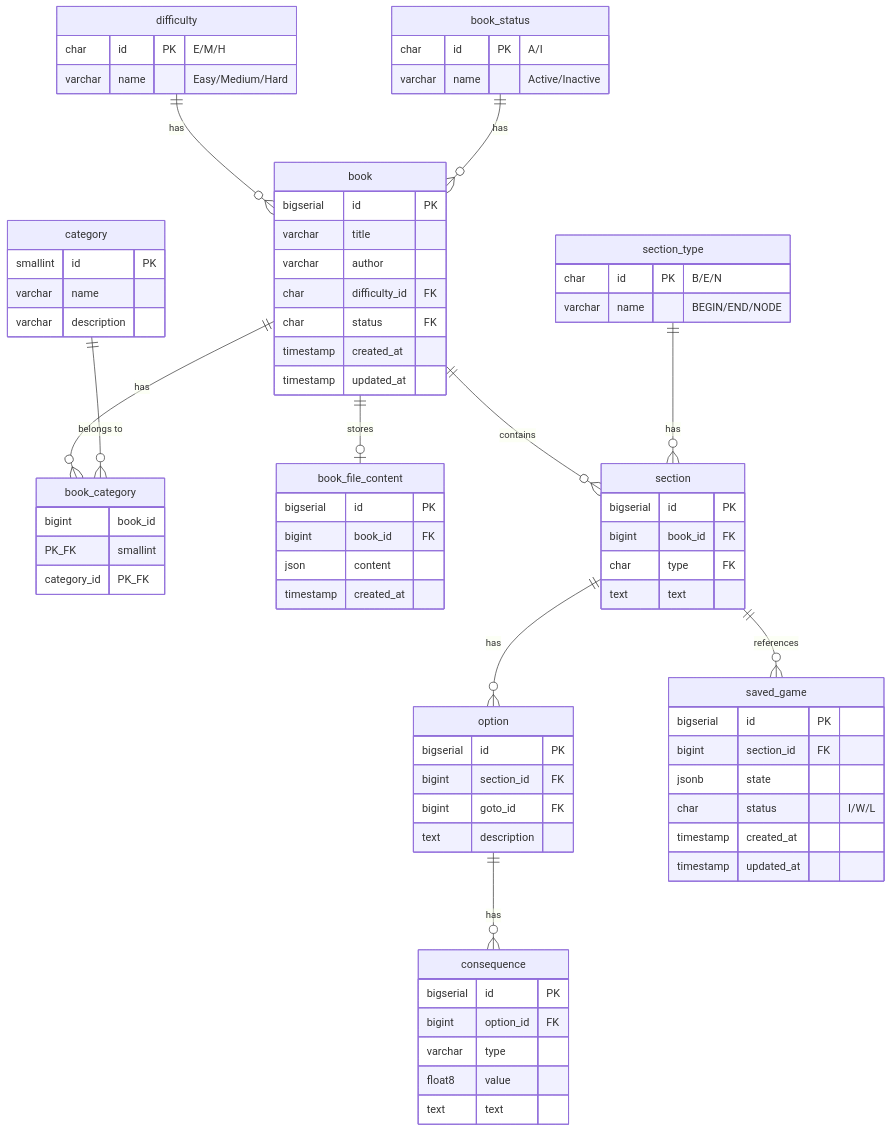
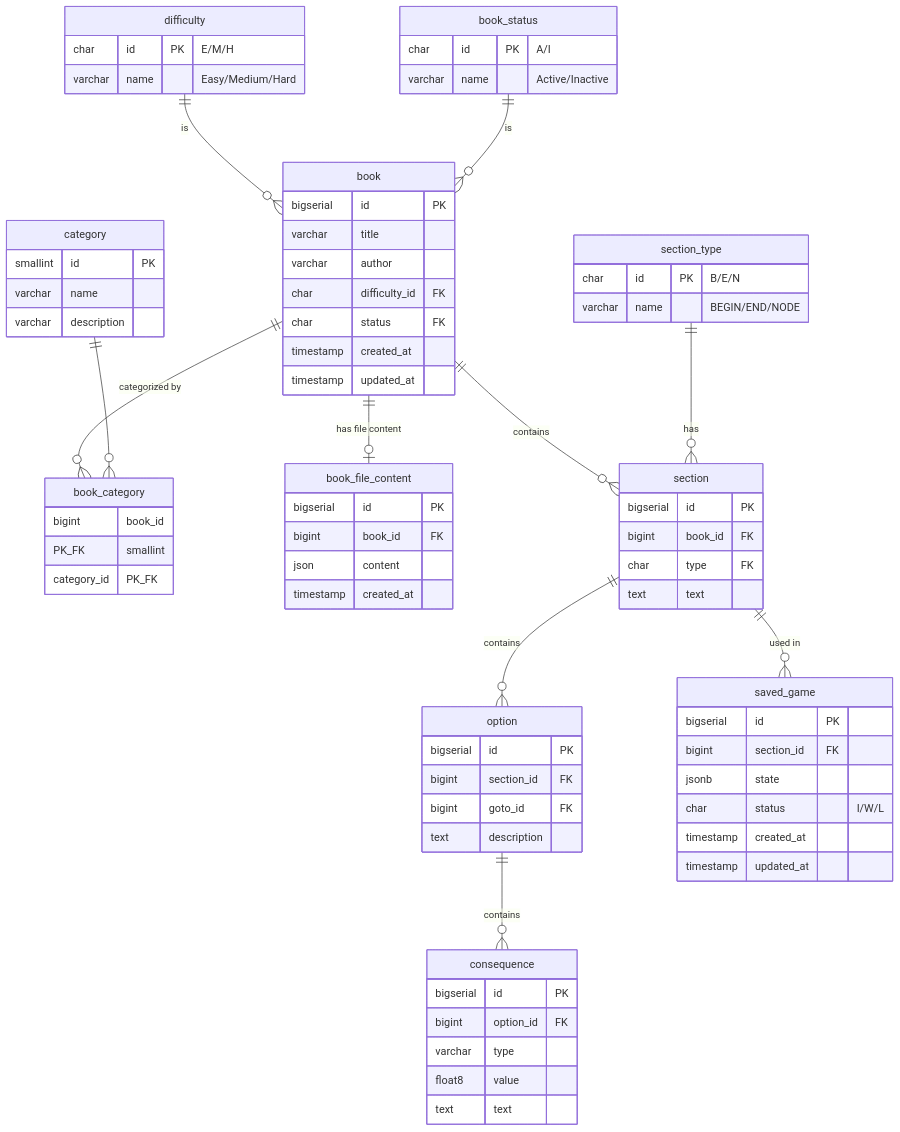
Before and after one commit to raccmonteiro/AdventureBook: the diagram in README.md, drawn with Mermaid. The commit also changed other lines of this file and 1 other file, not shown here.

````diff
--- a/README.md
+++ b/README.md
@@ -100,18 +105,18 @@
 ```mermaid
 erDiagram
     %% Books Module
-    difficulty ||--o{ book : "has"
-    book ||--o{ book_category : "has"
-    category ||--o{ book_category : "belongs to"
-    book ||--o| book_file_content : "stores"
-    book_status ||--o{ book : "has"
+    difficulty ||--o{ book : "is"
+    book ||--o{ book_category : "categorized by"
+    category ||--o{ book_category : ""
+    book ||--o| book_file_content : "has file content"
+    book_status ||--o{ book : "is"
     book ||--o{ section : "contains"
 
     %% Game Module
     section_type ||--o{ section : "has"
-    section ||--o{ option : "has"
-    option ||--o{ consequence : "has"
-    section ||--o{ saved_game : "references"
+    section ||--o{ option : "contains"
+    option ||--o{ consequence : "contains"
+    section ||--o{ saved_game : "used in"
 
     %% Difficulty Catalog
     difficulty {
````
